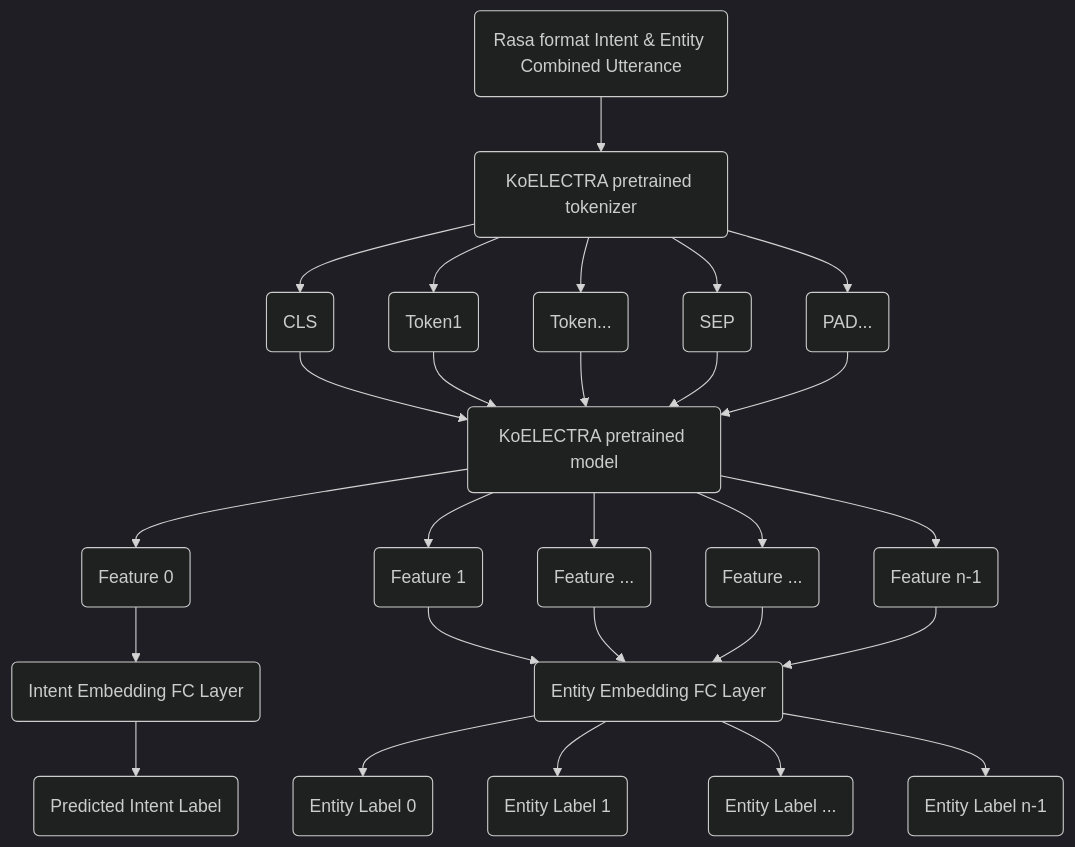
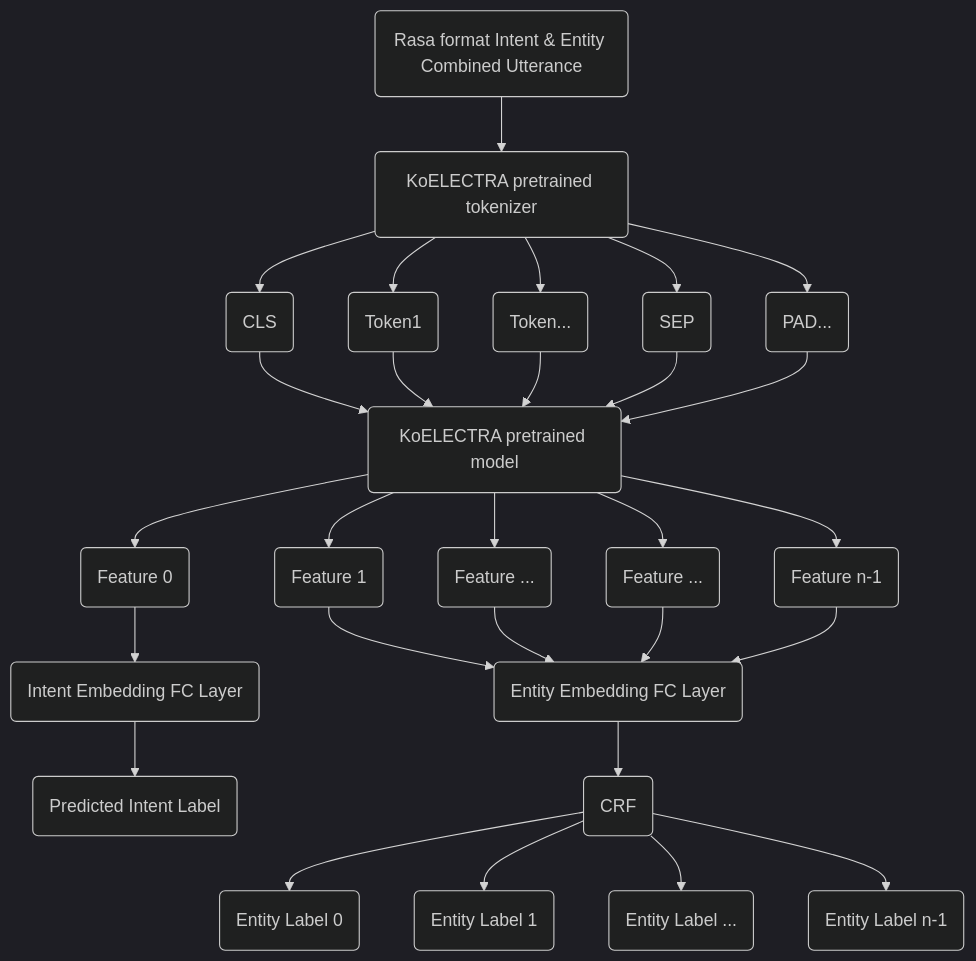
Before and after one commit to cheesama/electrasa: the diagram in README.md, drawn with Mermaid (dark theme). The commit also changed other lines of this file and 2 other files, not shown here.

Commit message:
modify readme & model lr scheduler & action yml

````diff
--- a/README.md
+++ b/README.md
@@ -5,29 +5,30 @@
 ```mermaid
 graph TD
 A(Rasa format Intent & Entity Combined Utterance) --> B(KoELECTRA pretrained tokenizer)
 B --> C(CLS)
 B --> D(Token1)
 B --> E(Token...)
 B --> F(SEP)
 B --> G(PAD...)
 C --> H(KoELECTRA pretrained model)
 D --> H
 E --> H
 F --> H
 G --> H
 H --> I(Feature 0)
 H --> J(Feature 1)
 H --> K(Feature ...)
 H --> L(Feature ...)
 H --> M(Feature n-1)
 I --> N(Intent Embedding FC Layer)
 J --> O(Entity Embedding FC Layer)
 K --> O
 L --> O
 M --> O
 N --> P(Predicted Intent Label)
-O --> Q(Entity Label 0)
-O --> R(Entity Label 1)
-O --> S(Entity Label ...)
-O --> T(Entity Label n-1)
+O --> U(CRF)
+U --> Q(Entity Label 0)
+U --> R(Entity Label 1)
+U --> S(Entity Label ...)
+U --> T(Entity Label n-1)
 ```
````
